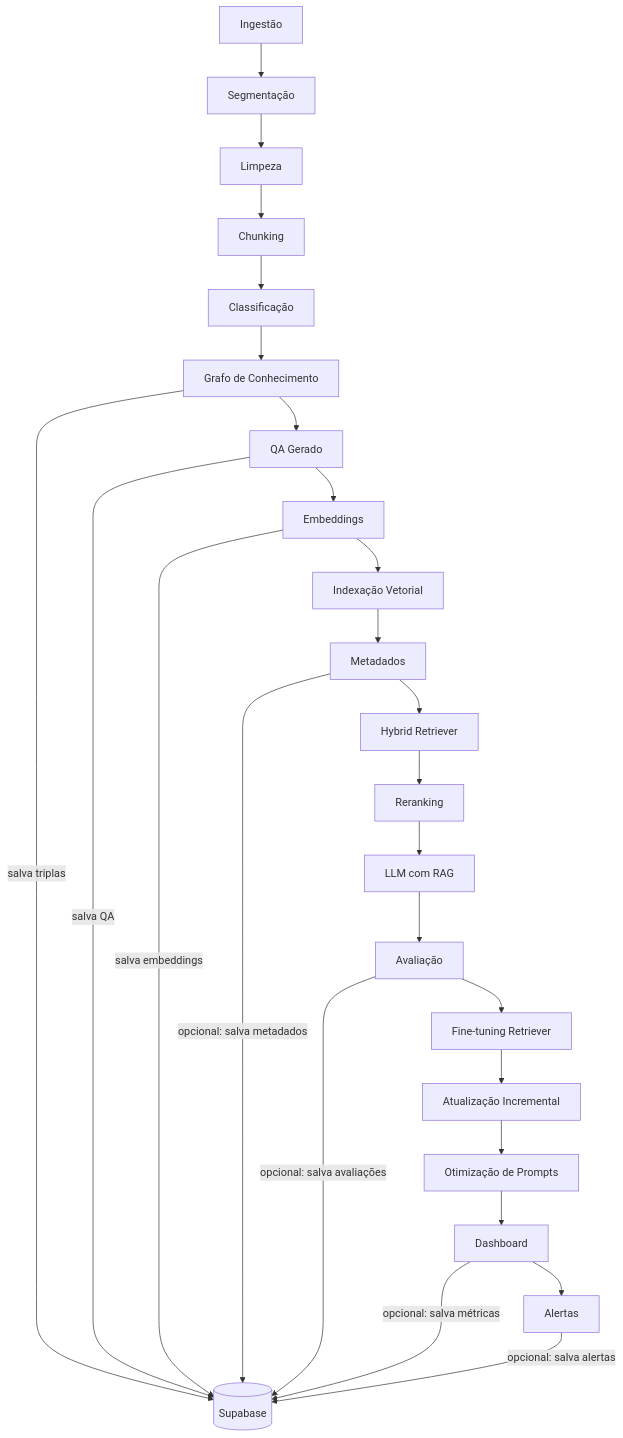
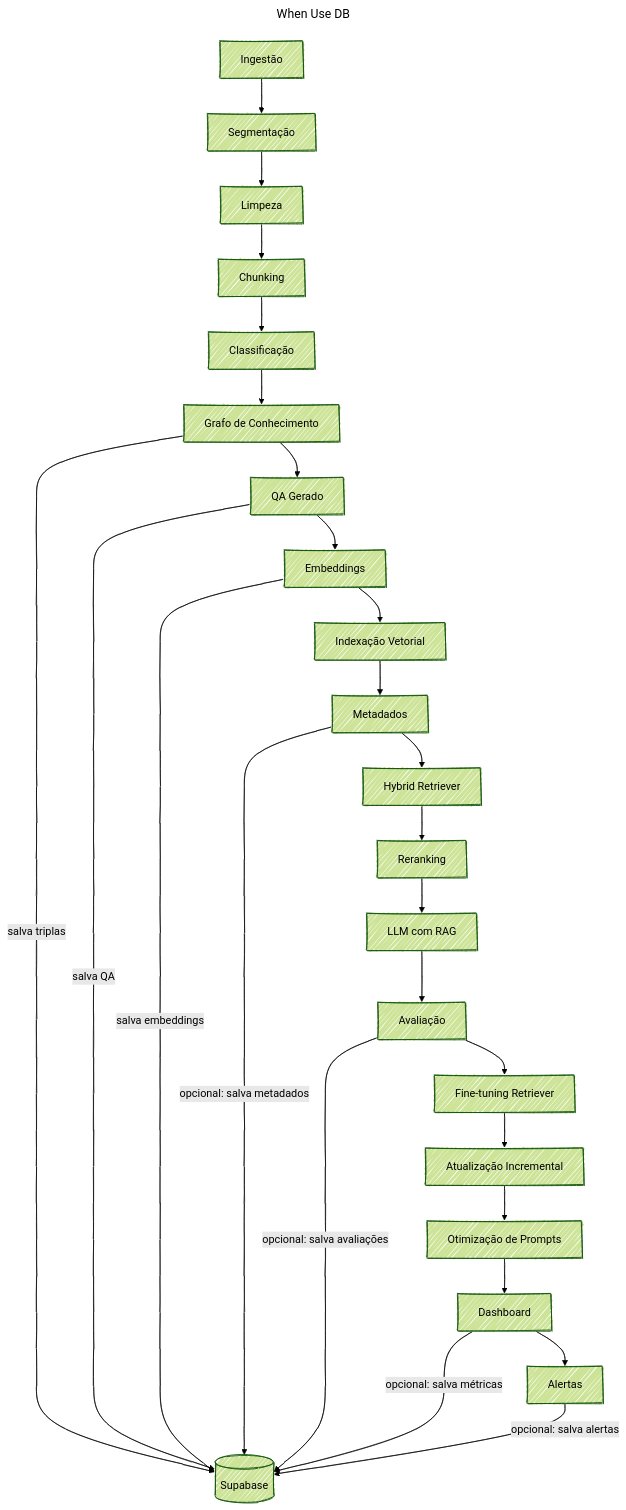
The diagram in docs/bd.mmd (jezer/n8n_python_workflow), drawn with Mermaid before and after one commit. The commit also changed 127 other files, not shown here.

```diff
--- a/docs/bd.mmd
+++ b/docs/bd.mmd
@@ -1,29 +1,39 @@
-
+---
+title: When Use DB
+config:
+  layout: dagre
+  dagre:
+    mergeEdges: true
+    nodePlacementStrategy: LINEAR_SEGMENTS
+  look: handDrawn
+  theme: forest
+---
+%%  nodePlacementStrategy:  SIMPLE, NETWORK_SIMPLEX, LINEAR_SEGMENTS, BRANDES_KOEPF
 flowchart TD
     A[Ingestão] --> B[Segmentação]
     B --> C[Limpeza]
     C --> D[Chunking]
     D --> E[Classificação]
     E --> F[Grafo de Conhecimento]
     F --> G[QA Gerado]
     G --> H[Embeddings]
     H --> I[Indexação Vetorial]
     I --> J[Metadados]
     J --> K[Hybrid Retriever]
     K --> L[Reranking]
     L --> M[LLM com RAG]
     M --> N[Avaliação]
     N --> O[Fine-tuning Retriever]
     O --> P[Atualização Incremental]
     P --> Q[Otimização de Prompts]
     Q --> R[Dashboard]
     R --> S[Alertas]
 
     %% Pontos de persistência Supabase
     F -- salva triplas --> SB1[(Supabase)]
     G -- salva QA --> SB1
     H -- salva embeddings --> SB1
     J -- opcional: salva metadados --> SB1
     N -- opcional: salva avaliações --> SB1
     R -- opcional: salva métricas --> SB1
     S -- opcional: salva alertas --> SB1
```
